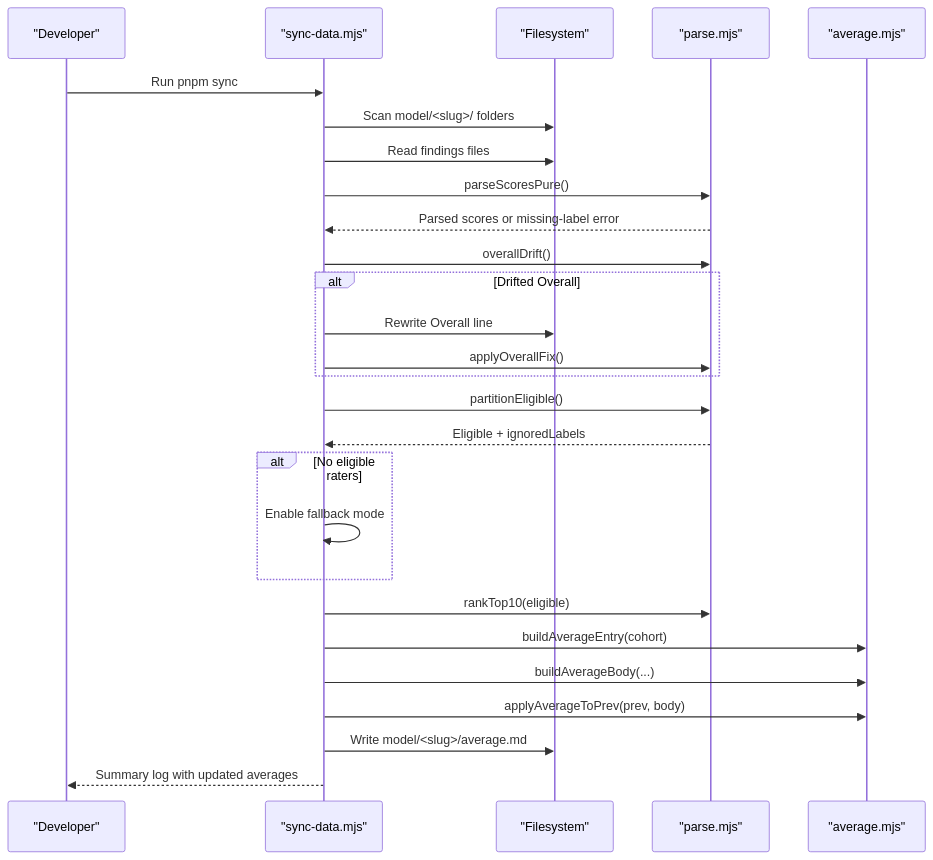
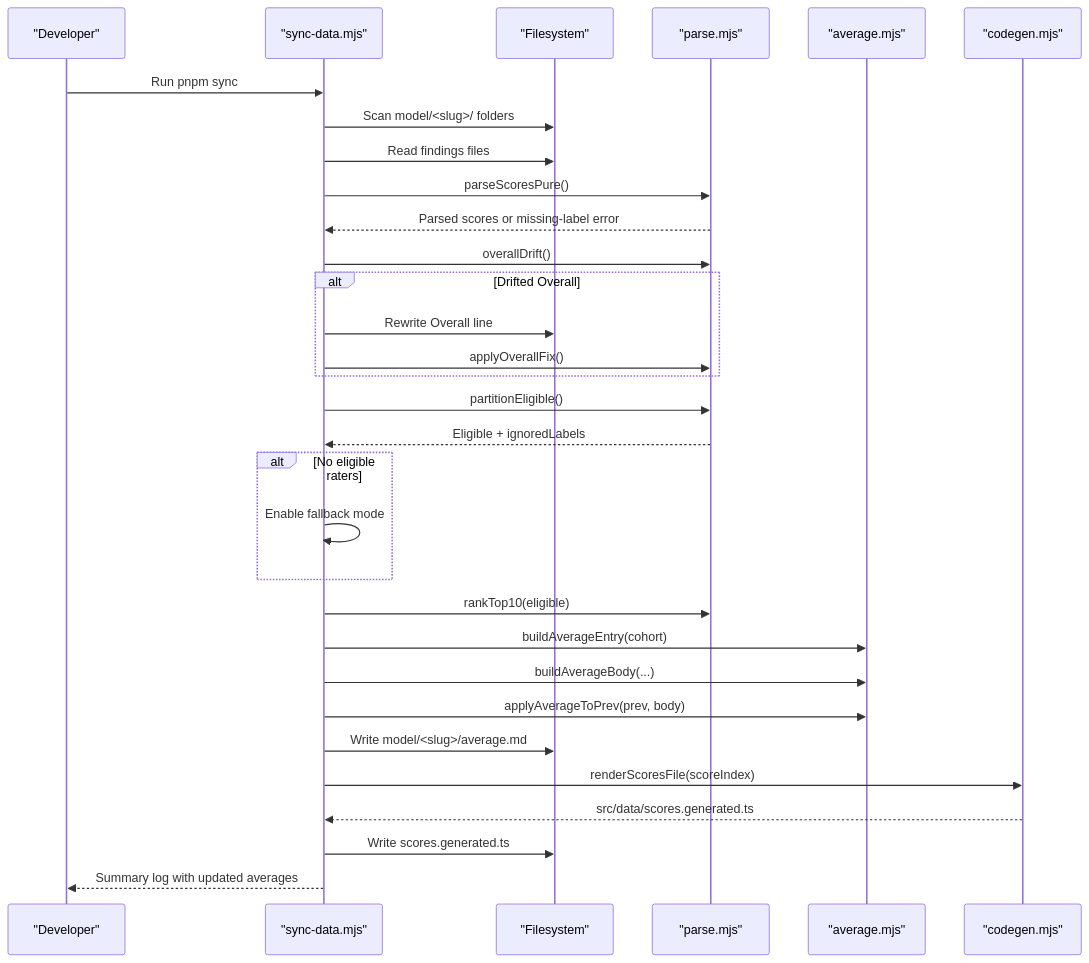
One commit to delirium-dj/modelcomp changed the second of 12 diagrams in .qoder/repowiki/en/content/Architecture Overview/Data Flow & Processing Pipeline/Score Calculation & Averaging.md. Above: the diagram before and after it, drawn with Mermaid. The commit also changed other lines of this file and 162 other files, not shown here.

````diff
--- a/.qoder/repowiki/en/content/Architecture Overview/Data Flow & Processing Pipeline/Score Calculation & Averaging.md
+++ b/.qoder/repowiki/en/content/Architecture Overview/Data Flow & Processing Pipeline/Score Calculation & Averaging.md
@@ -99,29 +113,33 @@
 ```mermaid
 sequenceDiagram
 participant User as "Developer"
 participant Sync as "sync-data.mjs"
 participant FS as "Filesystem"
 participant Parse as "parse.mjs"
 participant Avg as "average.mjs"
+participant Codegen as "codegen.mjs"
 User->>Sync : Run pnpm sync
 Sync->>FS : Scan model/<slug>/ folders
 Sync->>FS : Read findings files
 Sync->>Parse : parseScoresPure()
 Parse-->>Sync : Parsed scores or missing-label error
 Sync->>Parse : overallDrift()
 alt Drifted Overall
 Sync->>FS : Rewrite Overall line
 Sync->>Parse : applyOverallFix()
 end
 Sync->>Parse : partitionEligible()
 Parse-->>Sync : Eligible + ignoredLabels
 alt No eligible raters
 Sync->>Sync : Enable fallback mode
 end
 Sync->>Parse : rankTop10(eligible)
 Sync->>Avg : buildAverageEntry(cohort)
 Sync->>Avg : buildAverageBody(...)
 Sync->>Avg : applyAverageToPrev(prev, body)
 Sync->>FS : Write model/<slug>/average.md
+Sync->>Codegen : renderScoresFile(scoreIndex)
+Codegen-->>Sync : src/data/scores.generated.ts
+Sync->>FS : Write scores.generated.ts
 Sync-->>User : Summary log with updated averages
 ```
````
